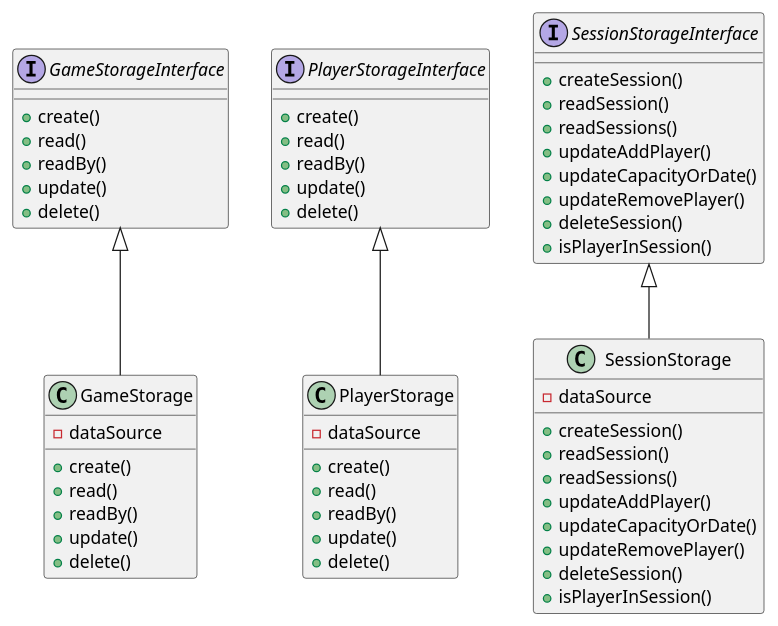
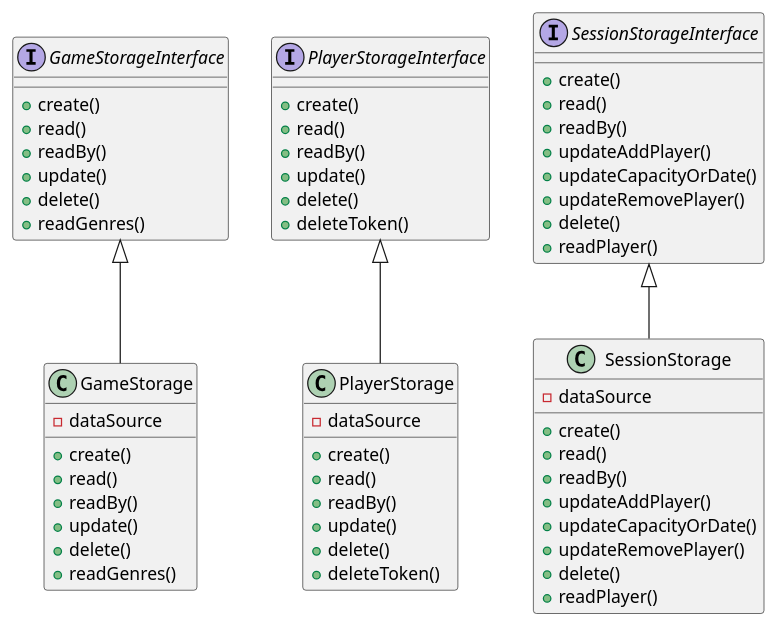
Before and after one commit to Thuzys/Session_Control: the diagram in phase4/src/main/kotlin/pt/isel/ls/storage/StorageDiagram.puml, drawn with PlantUML. The commit also changed 20 other files, not shown here.

Commit message:
- documentation improvement. - createSession logic update. - create player page handler update.

```diff
--- a/phase4/src/main/kotlin/pt/isel/ls/storage/StorageDiagram.puml
+++ b/phase4/src/main/kotlin/pt/isel/ls/storage/StorageDiagram.puml
@@ -1,65 +1,69 @@
 @startuml
 'https://plantuml.com/sequence-diagram
 
 Interface GameStorageInterface {
-    + create()
-    + read()
-    + readBy()
-    + update()
-    + delete()
+    +create()
+    +read()
+    +readBy()
+    +update()
+    +delete()
+    +readGenres()
 }
 
 Interface PlayerStorageInterface {
-    + create()
-    + read()
-    + readBy()
-    + update()
-    + delete()
+    +create()
+    +read()
+    +readBy()
+    +update()
+    +delete()
+    +deleteToken()
 }
 
 Interface SessionStorageInterface {
-    + createSession()
-    + readSession()
-    + readSessions()
-    + updateAddPlayer()
-    + updateCapacityOrDate()
-    + updateRemovePlayer()
-    + deleteSession()
-    + isPlayerInSession()
+    +create()
+    +read()
+    +readBy()
+    +updateAddPlayer()
+    +updateCapacityOrDate()
+    +updateRemovePlayer()
+    +delete()
+    +readPlayer()
 }
 
 class GameStorage {
-    + create()
-    + read()
-    + readBy()
-    + update()
-    + delete()
+    +create()
+    +read()
+    +readBy()
+    +update()
+    +delete()
+    +readGenres()
     - dataSource
 }
 
 class PlayerStorage {
-    + create()
-    + read()
-    + readBy()
-    + update()
-    + delete()
+    +create()
+    +read()
+    +readBy()
+    +update()
+    +delete()
+    +deleteToken()
     - dataSource
 }
 
 class SessionStorage {
-    + createSession()
-    + readSession()
-    + readSessions()
-    + updateAddPlayer()
-    + updateCapacityOrDate()
-    + updateRemovePlayer()
-    + deleteSession()
-    + isPlayerInSession()
+    +create()
+    +read()
+    +readBy()
+    +updateAddPlayer()
+    +updateCapacityOrDate()
+    +updateRemovePlayer()
+    +delete()
+    +readPlayer()
     - dataSource
 }
 
 GameStorageInterface <|-- GameStorage
 PlayerStorageInterface <|-- PlayerStorage
 SessionStorageInterface <|-- SessionStorage
 
 @enduml
```
